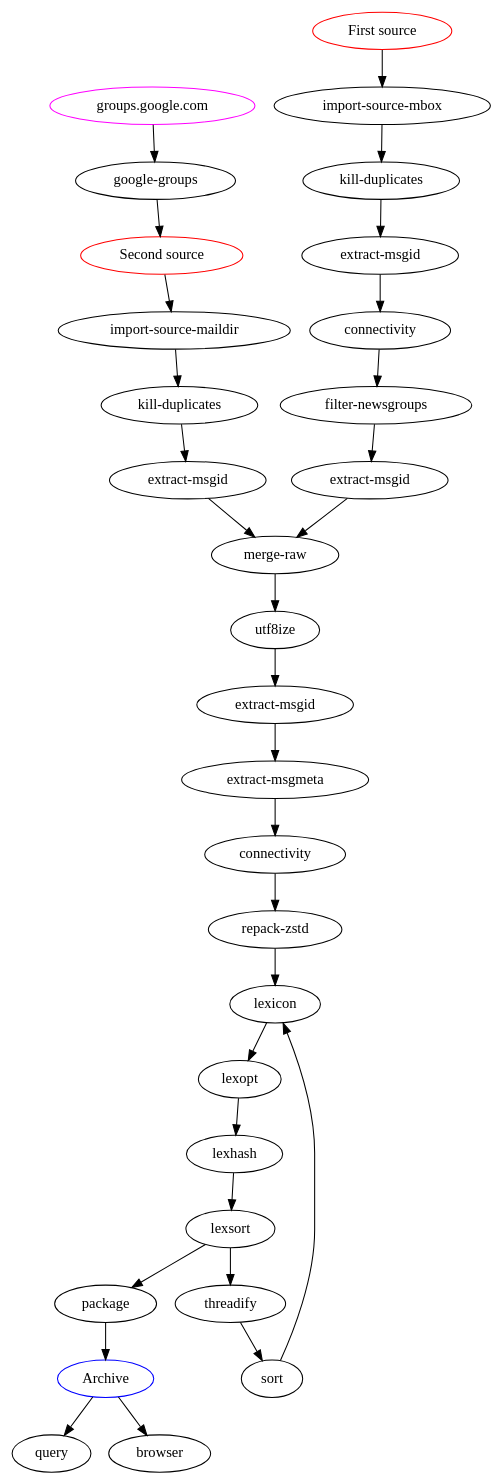
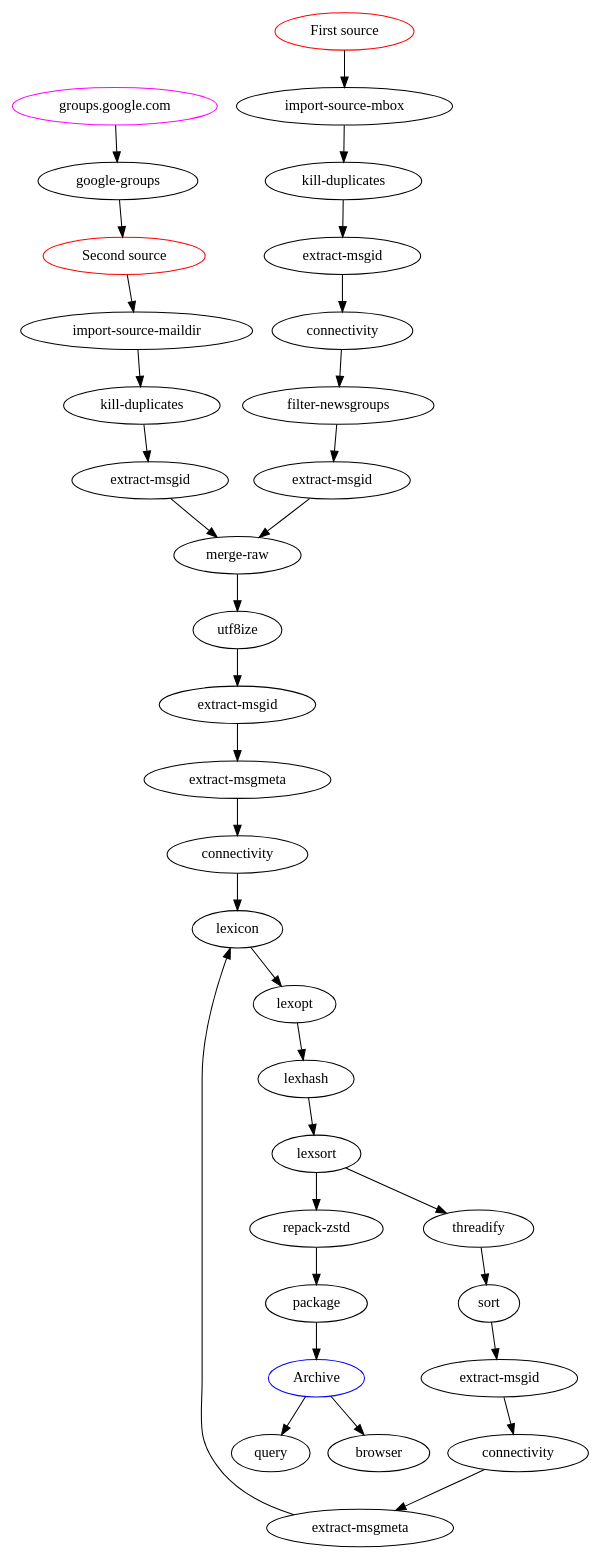
Before and after one commit to wolfpld/usenetarchive: the diagram in doc/pipeline.dot, drawn with Graphviz. The commit also changed 1 other file, not shown here.

Commit message:
Repack after sort, sort to extract-msgid.

```diff
--- a/doc/pipeline.dot
+++ b/doc/pipeline.dot
@@ -1,56 +1,62 @@
 digraph
 {
     ggsrc[label="groups.google.com", color=magenta];
     gg[label="google-groups"];
 
     src1[label="First source", color=red];
     src2[label="Second source", color=red];
     dst1[label="Archive", color=blue];
 
     mbox[label="import-source-mbox"];
     maildir[label="import-source-maildir"];
 
     kill1[label="kill-duplicates"];
     kill2[label="kill-duplicates"];
 
     msgid1[label="extract-msgid"];
     msgid2[label="extract-msgid"];
     msgid3[label="extract-msgid"];
     msgid4[label="extract-msgid"];
+    msgid5[label="extract-msgid"];
     conn2[label="connectivity"];
+    conn3[label="connectivity"];
 
     filter[label="filter-newsgroups"];
     merge[label="merge-raw"];
     msgmeta[label="extract-msgmeta"];
+    msgmeta2[label="extract-msgmeta"];
     repack[label="repack-zstd"];
 
     ggsrc -> gg;
     gg -> src2;
     src1 -> mbox;
     src2 -> maildir;
     mbox -> kill1;
     maildir -> kill2;
     kill1 -> msgid4;
     msgid4 -> conn2;
     conn2 -> filter;
     filter -> msgid1;
     kill2 -> msgid2;
     msgid1 -> merge;
     msgid2 -> merge;
     merge -> utf8ize;
     utf8ize -> msgid3;
     msgid3 -> msgmeta;
     msgmeta -> connectivity;
-    connectivity -> repack;
-    repack -> lexicon;
+    connectivity -> lexicon;
     lexicon -> lexopt;
     lexopt -> lexhash;
     lexhash -> lexsort;
-    lexsort -> package;
+    lexsort -> repack;
+    repack -> package;
     package -> dst1;
     dst1 -> query;
     dst1 -> browser;
     lexsort -> threadify;
     threadify -> sort;
-    sort -> lexicon;
+    sort -> msgid5;
+    msgid5 -> conn3;
+    conn3 -> msgmeta2;
+    msgmeta2 -> lexicon;
 }
```
